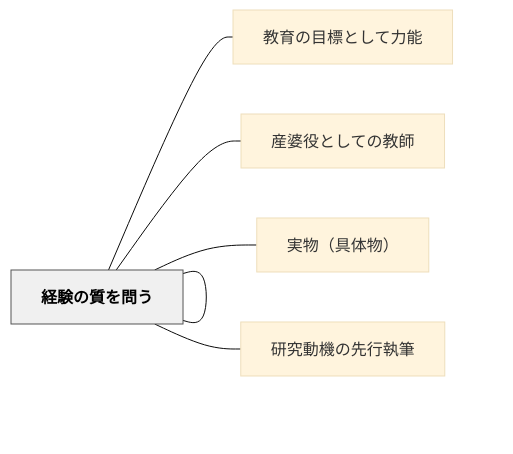
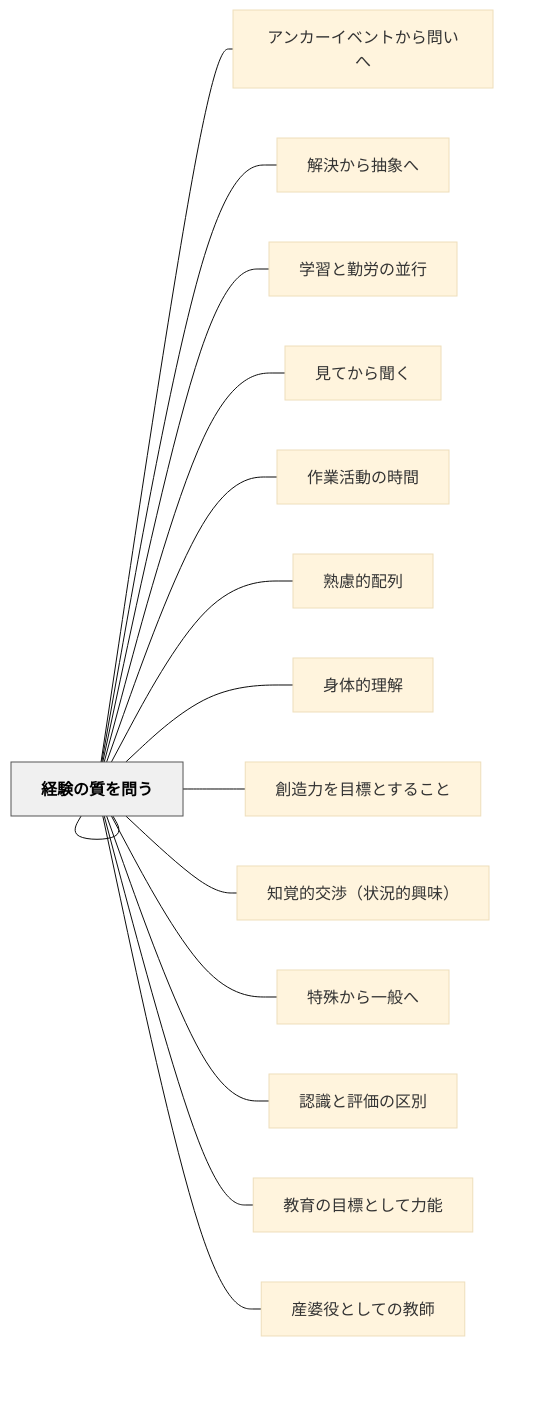
Before and after one commit to unknownthings-ed-patterns/unknownthings-ed-patterns: the diagram in content/パタン/経験から出発すること.md, drawn with Mermaid (base theme). The commit also changed other lines of this file and 473 other files, not shown here.

````diff
--- a/content/パタン/経験から出発すること.md
+++ b/content/パタン/経験から出発すること.md
@@ -119,18 +130,36 @@
 ```mermaid
 flowchart LR
     ne7b58ce9a893["経験から出発すること"]
+    ne382a2e383b3["アンカーイベントから問いへ"]
+    ne8a7a3e6b1ba["解決から抽象へ"]
+    ne5ada6e7bf92["学習と勤労の並行"]
+    ne8a68be381a6["見てから聞く"]
+    ne4bd9ce6a5ad["作業活動の時間"]
+    ne7869fe685ae["熟慮的配列"]
+    ne8baabe4bd93["身体的理解"]
+    ne589b5e980a0["創造力を目標とすること"]
+    ne79fa5e8a69a["知覚的交渉（状況的興味）"]
+    ne789b9e6ae8a["特殊から一般へ"]
+    ne8aa8de8ad98["認識と評価の区別"]
     ne69599e882b2["教育の目標として力能"]
     ne7b58ce9a893["経験の質を問う"]
     ne794a3e5a986["産婆役としての教師"]
-    ne5ae9fe789a9["実物（具体物）"]
-    ne7a094e7a9b6["研究動機の先行執筆"]
 
+    ne7b58ce9a893 --- ne382a2e383b3
+    ne7b58ce9a893 --- ne8a7a3e6b1ba
+    ne7b58ce9a893 --- ne5ada6e7bf92
+    ne7b58ce9a893 --- ne8a68be381a6
+    ne7b58ce9a893 --- ne4bd9ce6a5ad
+    ne7b58ce9a893 --- ne7869fe685ae
+    ne7b58ce9a893 --- ne8baabe4bd93
+    ne7b58ce9a893 --- ne589b5e980a0
+    ne7b58ce9a893 --- ne79fa5e8a69a
+    ne7b58ce9a893 --- ne789b9e6ae8a
+    ne7b58ce9a893 --- ne8aa8de8ad98
     ne7b58ce9a893 --- ne69599e882b2
     ne7b58ce9a893 --- ne7b58ce9a893
     ne7b58ce9a893 --- ne794a3e5a986
-    ne7b58ce9a893 --- ne5ae9fe789a9
-    ne7b58ce9a893 --- ne7a094e7a9b6
 
     classDef hub fill:#f0f0f0,stroke:#555,color:#000,font-weight:bold
     class ne7b58ce9a893 hub
 ```
````
